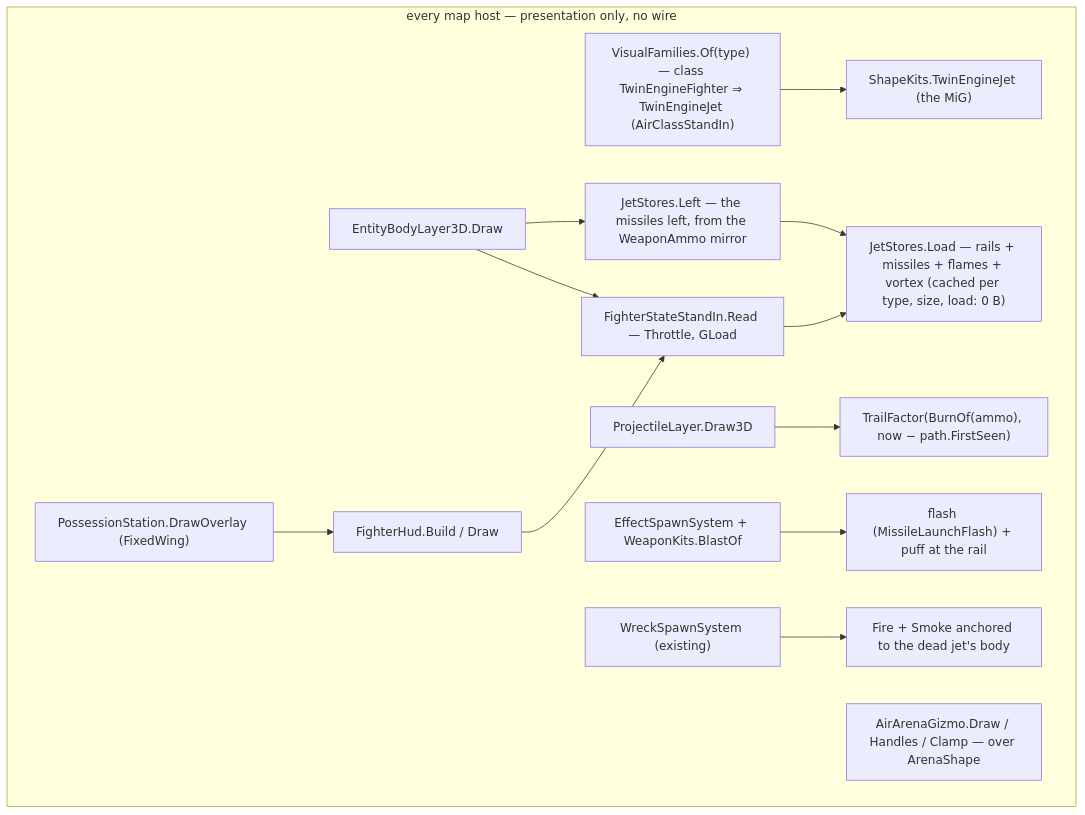
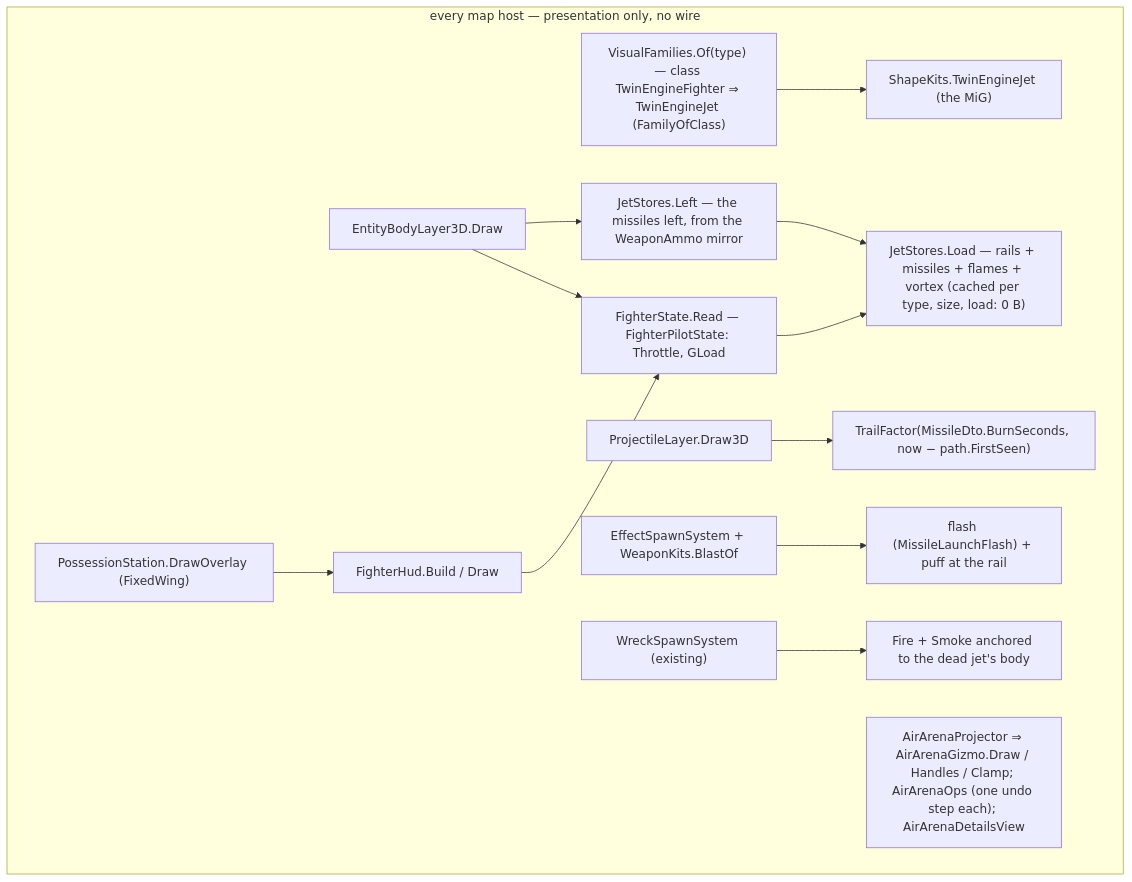
One commit to pjanec/HROT changed the fourth of 4 diagrams in docs/designs/air-attack/DESIGN_Air_Combat.md. Above: the diagram before and after it, drawn with Mermaid. The commit also changed other lines of this file and 19 other files, not shown here.

````diff
--- a/docs/designs/air-attack/DESIGN_Air_Combat.md
+++ b/docs/designs/air-attack/DESIGN_Air_Combat.md
@@ -241,16 +241,16 @@
 ```mermaid
 graph TD
   subgraph Presentation["every map host — presentation only, no wire"]
-    FAM["VisualFamilies.Of(type) — class TwinEngineFighter ⇒ TwinEngineJet (AirClassStandIn)"] --> KIT["ShapeKits.TwinEngineJet (the MiG)"]
+    FAM["VisualFamilies.Of(type) — class TwinEngineFighter ⇒ TwinEngineJet (FamilyOfClass)"] --> KIT["ShapeKits.TwinEngineJet (the MiG)"]
     EBL["EntityBodyLayer3D.Draw"] --> JS["JetStores.Left — the missiles left, from the WeaponAmmo mirror"]
-    EBL --> FS["FighterStateStandIn.Read — Throttle, GLoad"]
+    EBL --> FS["FighterState.Read — FighterPilotState: Throttle, GLoad"]
     JS --> LOAD["JetStores.Load — rails + missiles + flames + vortex (cached per type, size, load: 0 B)"]
     FS --> LOAD
-    PL["ProjectileLayer.Draw3D"] --> TRAIL["TrailFactor(BurnOf(ammo), now − path.FirstSeen)"]
+    PL["ProjectileLayer.Draw3D"] --> TRAIL["TrailFactor(MissileDto.BurnSeconds, now − path.FirstSeen)"]
     ESS["EffectSpawnSystem + WeaponKits.BlastOf"] --> LAUNCH["flash (MissileLaunchFlash) + puff at the rail"]
     WSS["WreckSpawnSystem (existing)"] --> FALL["Fire + Smoke anchored to the dead jet's body"]
     PS["PossessionStation.DrawOverlay (FixedWing)"] --> HUD["FighterHud.Build / Draw"]
     HUD --> FS
-    AG["AirArenaGizmo.Draw / Handles / Clamp — over ArenaShape"]
+    AG["AirArenaProjector ⇒ AirArenaGizmo.Draw / Handles / Clamp; AirArenaOps (one undo step each); AirArenaDetailsView"]
   end
 ```
````
